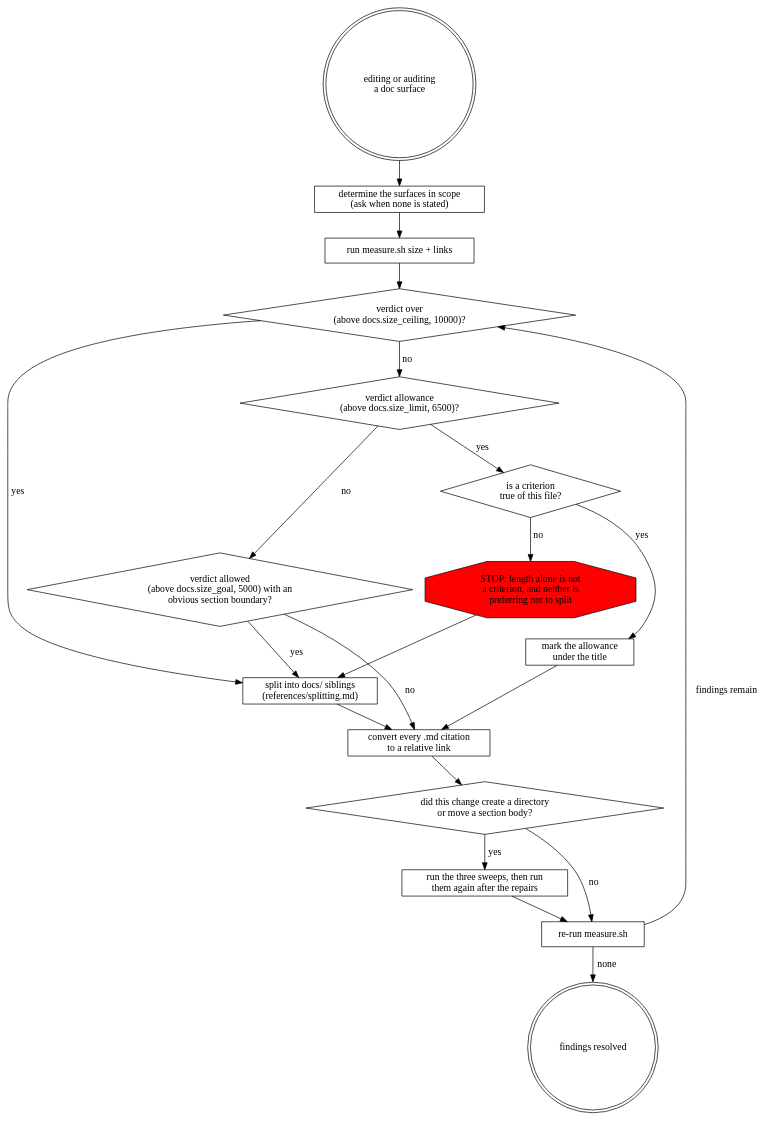
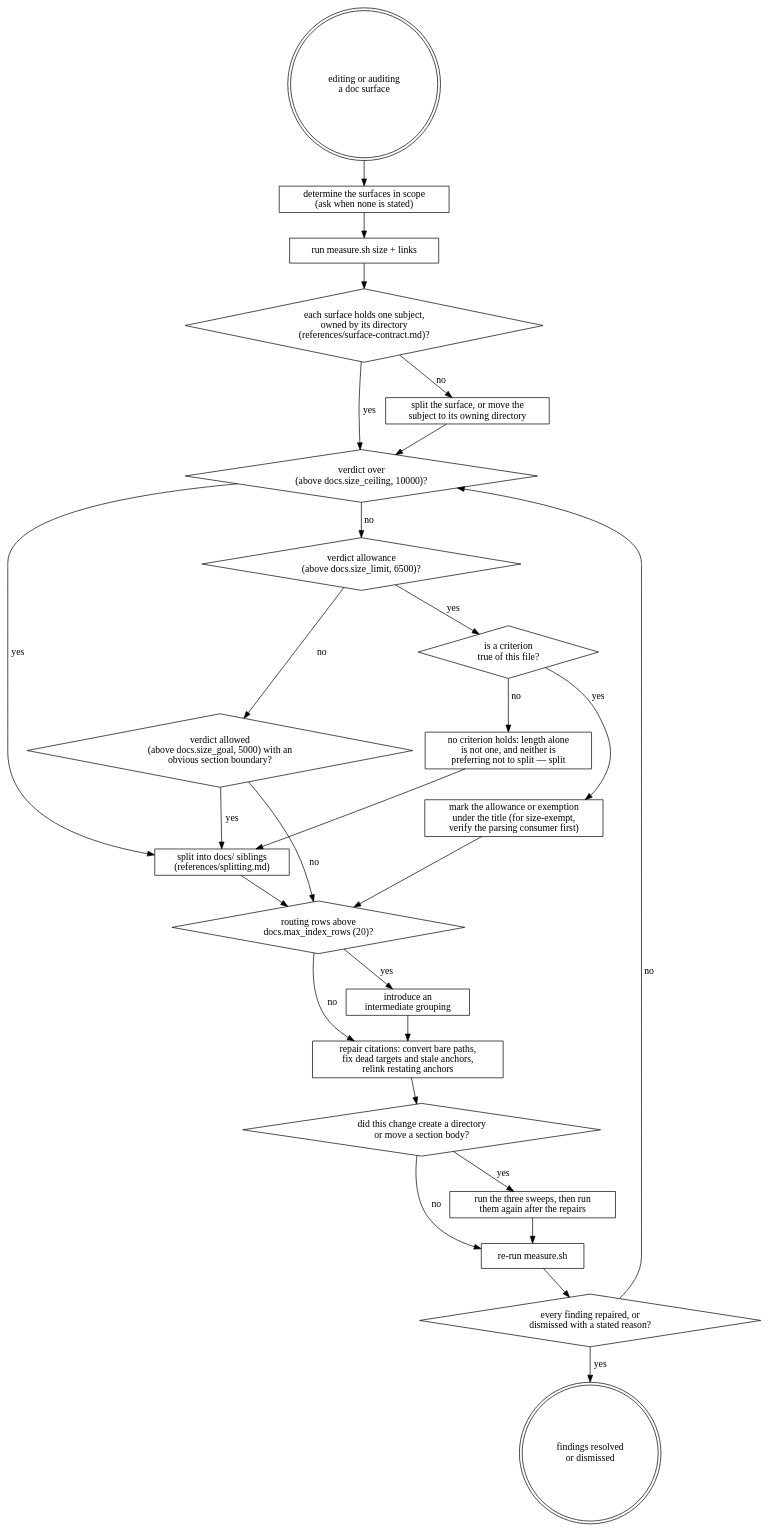
The diagram in plugins/shopware-documentation/skills/structuring-documentation/SKILL.md (shopwareLabs/ai-coding-tools), drawn with Graphviz before and after one commit. The commit also changed other lines of this file and 11 other files, not shown here.

````diff
--- a/plugins/shopware-documentation/skills/structuring-documentation/SKILL.md
+++ b/plugins/shopware-documentation/skills/structuring-documentation/SKILL.md
@@ -20,39 +20,51 @@
 ```dot
 digraph doc_surfaces {
   node [shape=box];
   start [shape=doublecircle, label="editing or auditing\na doc surface"];
   scope [label="determine the surfaces in scope\n(ask when none is stated)"];
   measure [label="run measure.sh size + links"];
+  subjects [shape=diamond, label="each surface holds one subject,\nowned by its directory\n(references/surface-contract.md)?"];
+  rehome [label="split the surface, or move the\nsubject to its owning directory"];
   over [shape=diamond, label="verdict over\n(above docs.size_ceiling, 10000)?"];
   limit [shape=diamond, label="verdict allowance\n(above docs.size_limit, 6500)?"];
   crit [shape=diamond, label="is a criterion\ntrue of this file?"];
   goal [shape=diamond, label="verdict allowed\n(above docs.size_goal, 5000) with an\nobvious section boundary?"];
   split [label="split into docs/ siblings\n(references/splitting.md)"];
-  mark [label="mark the allowance\nunder the title"];
-  stop [shape=octagon, style=filled, fillcolor=red, label="STOP: length alone is not\na criterion, and neither is\npreferring not to split"];
-  links [label="convert every .md citation\nto a relative link"];
+  nocrit [label="no criterion holds: length alone\nis not one, and neither is\npreferring not to split — split"];
+  mark [label="mark the allowance or exemption\nunder the title (for size-exempt,\nverify the parsing consumer first)"];
+  rows [shape=diamond, label="routing rows above\ndocs.max_index_rows (20)?"];
+  group [label="introduce an\nintermediate grouping"];
+  links [label="repair citations: convert bare paths,\nfix dead targets and stale anchors,\nrelink restating anchors"];
   moved [shape=diamond, label="did this change create a directory\nor move a section body?"];
   sweep [label="run the three sweeps, then run\nthem again after the repairs"];
   recheck [label="re-run measure.sh"];
-  done [shape=doublecircle, label="findings resolved"];
+  resolved [shape=diamond, label="every finding repaired, or\ndismissed with a stated reason?"];
+  done [shape=doublecircle, label="findings resolved\nor dismissed"];
 
-  start -> scope -> measure -> over;
+  start -> scope -> measure -> subjects;
+  subjects -> rehome [label=" no"];
+  rehome -> over;
+  subjects -> over [label=" yes"];
   over -> split [label=" yes"];
   over -> limit [label=" no"];
   limit -> crit [label=" yes"];
   limit -> goal [label=" no"];
   crit -> mark [label=" yes"];
-  crit -> stop [label=" no"];
-  stop -> split;
+  crit -> nocrit [label=" no"];
+  nocrit -> split;
   goal -> split [label=" yes"];
-  goal -> links [label=" no"];
-  split -> links;
-  mark -> links;
+  goal -> rows [label=" no"];
+  split -> rows;
+  mark -> rows;
+  rows -> group [label=" yes"];
+  group -> links;
+  rows -> links [label=" no"];
   links -> moved;
   moved -> sweep [label=" yes"];
   moved -> recheck [label=" no"];
   sweep -> recheck;
-  recheck -> over [label=" findings remain"];
-  recheck -> done [label=" none"];
+  recheck -> resolved;
+  resolved -> over [label=" no"];
+  resolved -> done [label=" yes"];
 }
 ```
````
